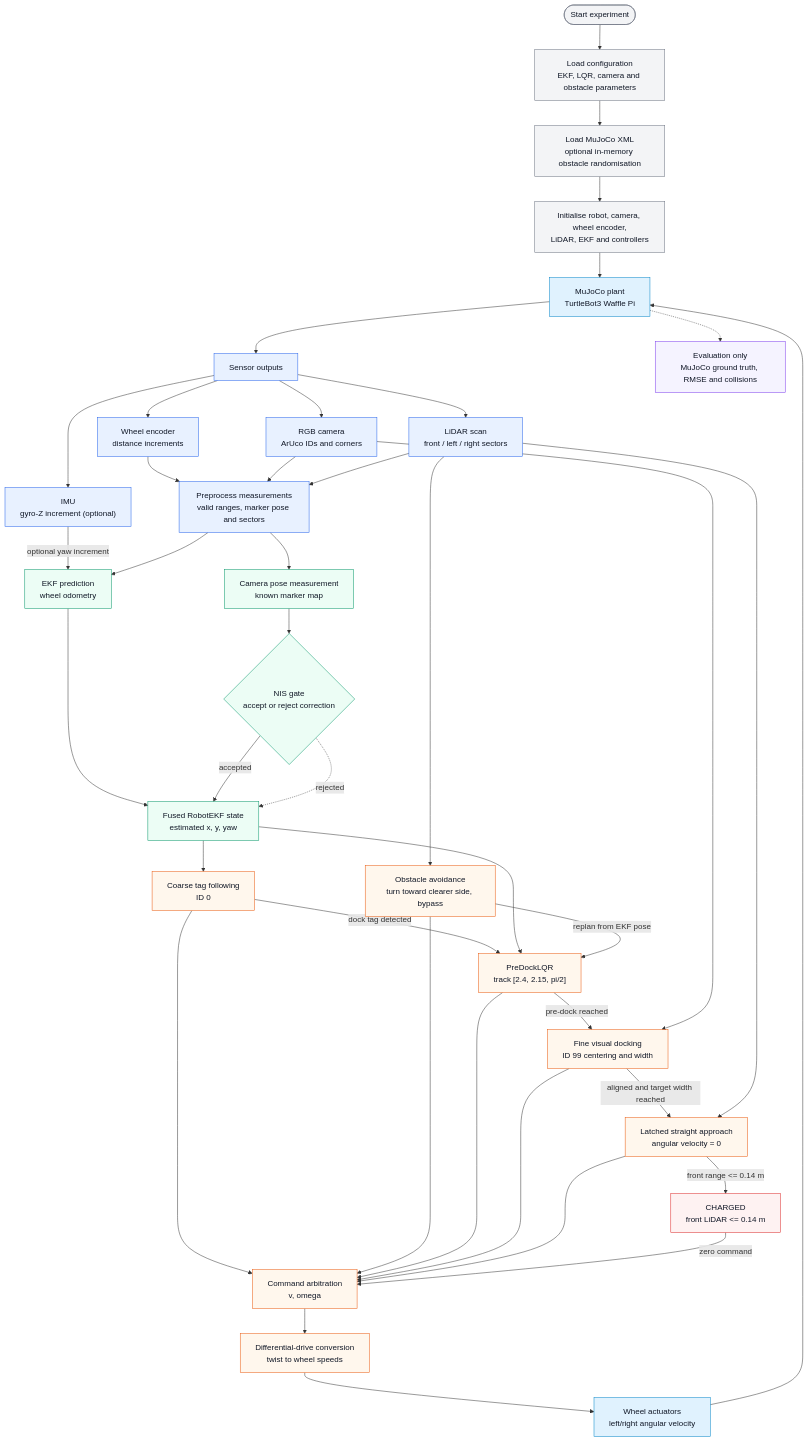
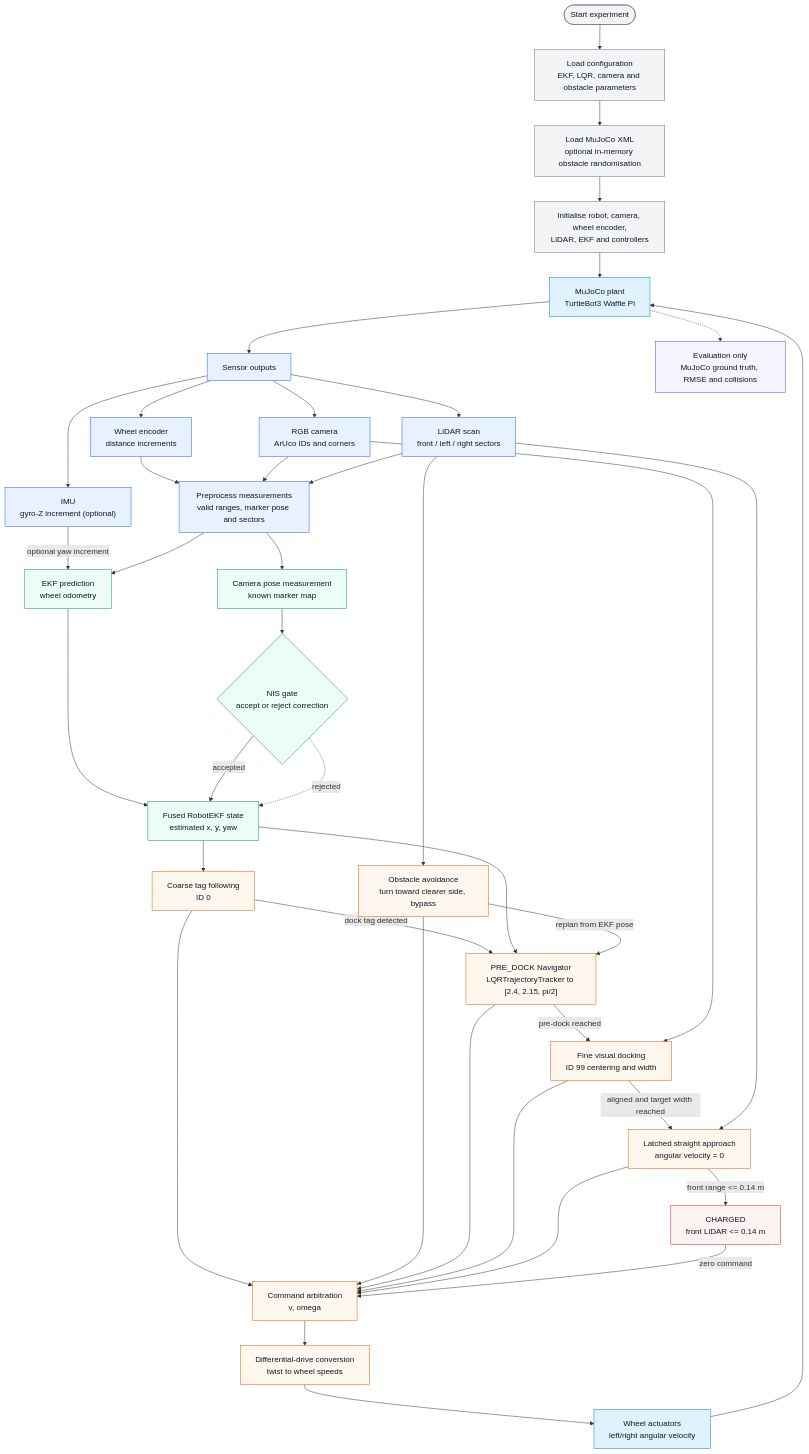
The diagram in README.md (LachieCameron/Integrated-Project), drawn with Mermaid before and after one commit. The commit also changed other lines of this file, not shown here.

```diff
--- a/README.md
+++ b/README.md
@@ -65,7 +65,7 @@
 
     TAG["Coarse tag following<br/>ID 0"]
     AVOID["Obstacle avoidance<br/>turn toward clearer side, bypass"]
-    PREDOCK["PreDockLQR<br/>track [2.4, 2.15, pi/2]"]
+    PREDOCK["PRE_DOCK Navigator<br/>LQRTrajectoryTracker to [2.4, 2.15, pi/2]"]
     VISUAL["Fine visual docking<br/>ID 99 centering and width"]
     APPROACH["Latched straight approach<br/>angular velocity = 0"]
     CHARGE["CHARGED<br/>front LiDAR <= 0.14 m"]
```
